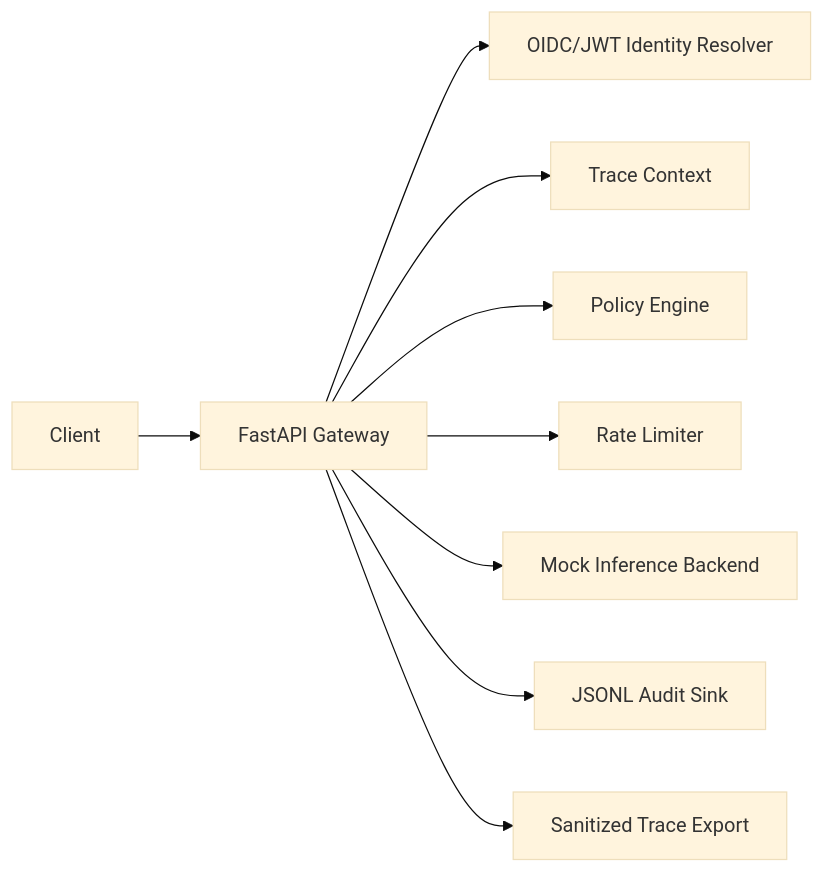
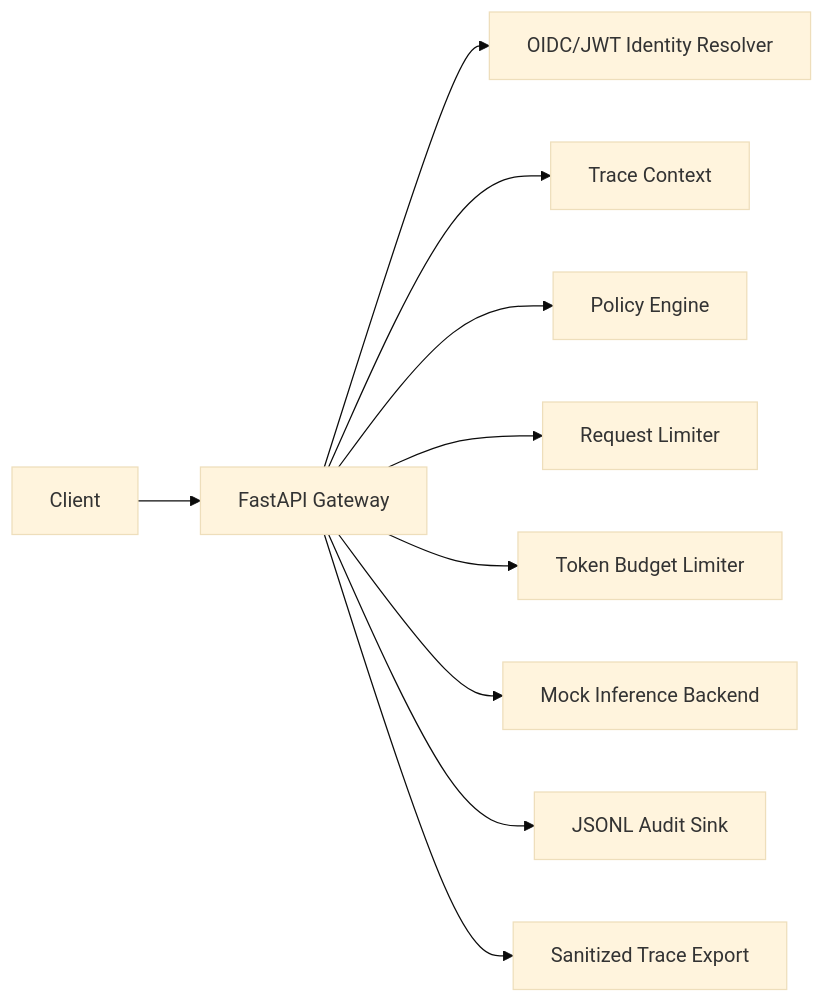
One commit to WaffleBits/secure-gpu-inference-gateway changed the diagram in ARCHITECTURE.md. Above: the diagram before and after it, drawn with Mermaid (base theme). The commit also changed other lines of this file and 19 other files, not shown here.

Commit message:
Add token budget observability proof

````diff
--- a/ARCHITECTURE.md
+++ b/ARCHITECTURE.md
@@ -3,11 +3,12 @@
 ```mermaid
 flowchart LR
     Client["Client"] --> API["FastAPI Gateway"]
     API --> Identity["OIDC/JWT Identity Resolver"]
     API --> Trace["Trace Context"]
     API --> Policy["Policy Engine"]
-    API --> Limiter["Rate Limiter"]
+    API --> Limiter["Request Limiter"]
+    API --> TokenBudget["Token Budget Limiter"]
     API --> Model["Mock Inference Backend"]
     API --> Audit["JSONL Audit Sink"]
     API --> TraceExport["Sanitized Trace Export"]
 ```
````
